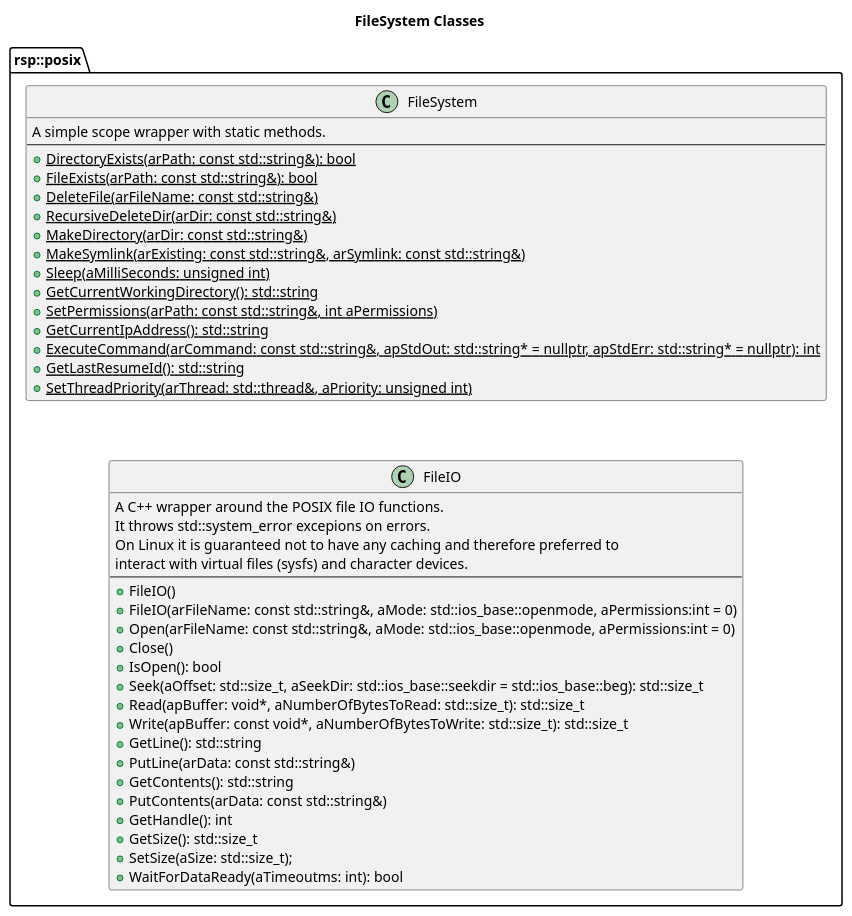
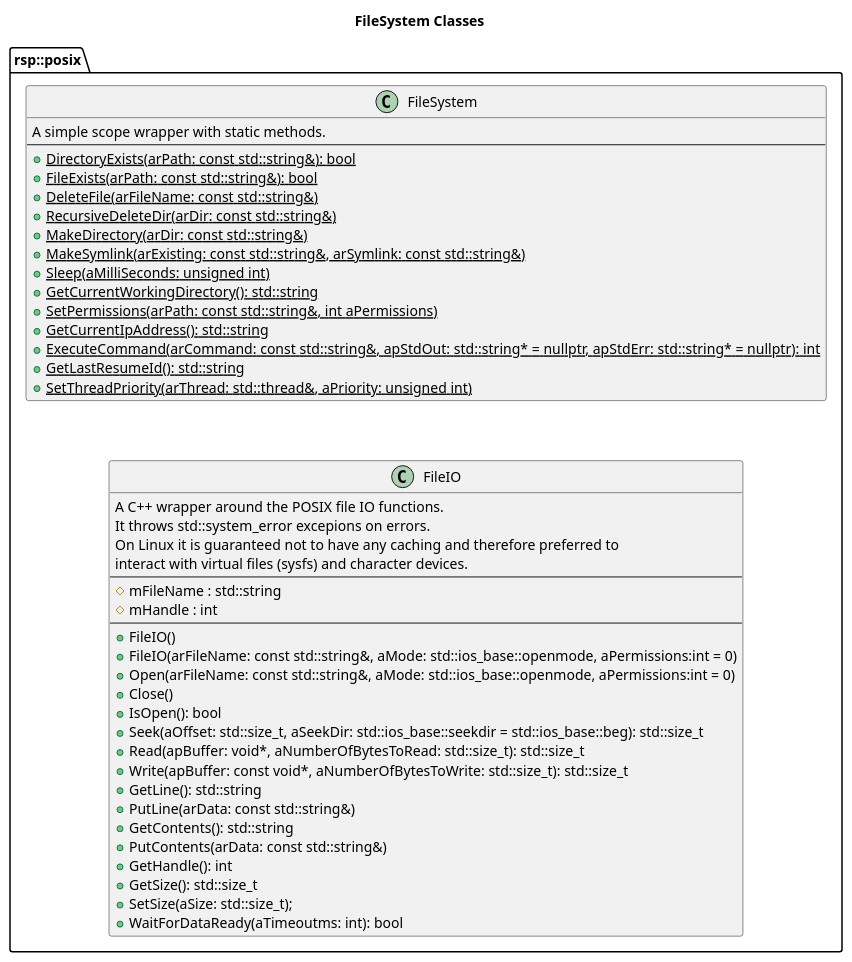
The diagram in docs/uml/FileSystem Classes.puml (rsps/rsp-core-library), drawn with PlantUML before and after one commit.

Commit message:
Added FileIO properties

```diff
--- a/docs/uml/FileSystem Classes.puml
+++ b/docs/uml/FileSystem Classes.puml
@@ -1,53 +1,56 @@
 @startuml
 
 title FileSystem Classes
 
 namespace rsp::posix {
 
 class FileIO {
     A C++ wrapper around the POSIX file IO functions.
     It throws std::system_error excepions on errors.
     On Linux it is guaranteed not to have any caching and therefore preferred to
     interact with virtual files (sysfs) and character devices.
+--
+    #mFileName : std::string
+    #mHandle : int    
 --
     +FileIO()
     +FileIO(arFileName: const std::string&, aMode: std::ios_base::openmode, aPermissions:int = 0)
     +Open(arFileName: const std::string&, aMode: std::ios_base::openmode, aPermissions:int = 0)
     +Close()
     +IsOpen(): bool
     +Seek(aOffset: std::size_t, aSeekDir: std::ios_base::seekdir = std::ios_base::beg): std::size_t
     +Read(apBuffer: void*, aNumberOfBytesToRead: std::size_t): std::size_t
     +Write(apBuffer: const void*, aNumberOfBytesToWrite: std::size_t): std::size_t
     +GetLine(): std::string
     +PutLine(arData: const std::string&)
     +GetContents(): std::string
     +PutContents(arData: const std::string&)
     +GetHandle(): int
     +GetSize(): std::size_t
     +SetSize(aSize: std::size_t);
     +WaitForDataReady(aTimeoutms: int): bool
 }
 
 class FileSystem {
     A simple scope wrapper with static methods.
 --
     +{static} DirectoryExists(arPath: const std::string&): bool
     +{static} FileExists(arPath: const std::string&): bool
     +{static} DeleteFile(arFileName: const std::string&)
     +{static} RecursiveDeleteDir(arDir: const std::string&)
     +{static} MakeDirectory(arDir: const std::string&)
     +{static} MakeSymlink(arExisting: const std::string&, arSymlink: const std::string&)
     +{static} Sleep(aMilliSeconds: unsigned int)
     +{static} GetCurrentWorkingDirectory(): std::string
     +{static} SetPermissions(arPath: const std::string&, int aPermissions)
     +{static} GetCurrentIpAddress(): std::string
     +{static} ExecuteCommand(arCommand: const std::string&, apStdOut: std::string* = nullptr, apStdErr: std::string* = nullptr): int
     +{static} GetLastResumeId(): std::string
     +{static} SetThreadPriority(arThread: std::thread&, aPriority: unsigned int)
 }
 
 FileSystem <-[hidden]- FileIO
 
 }
 
 @enduml
```
